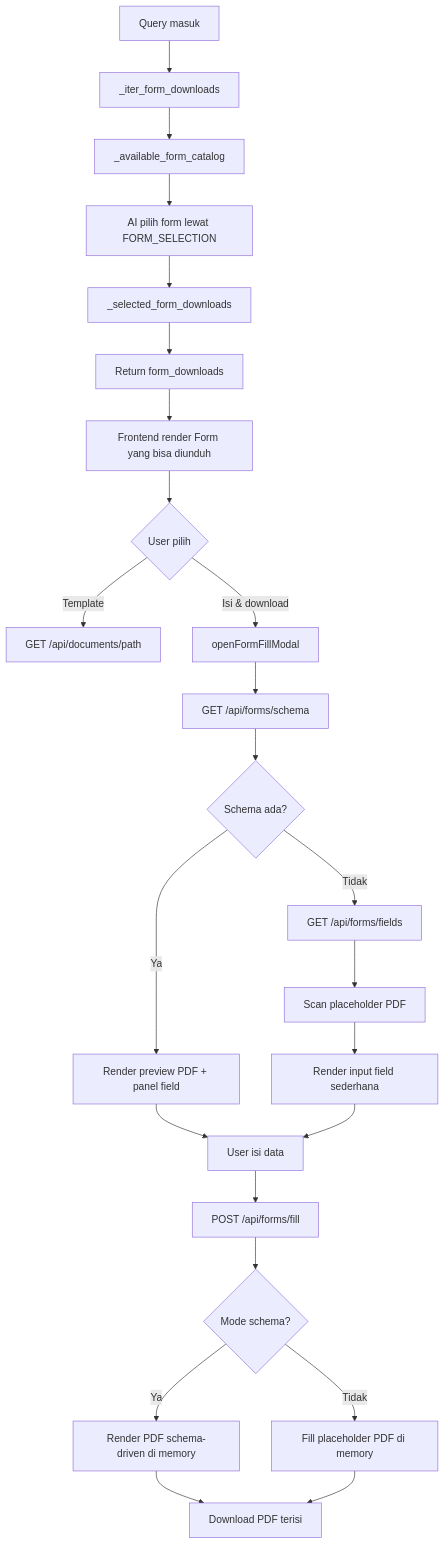
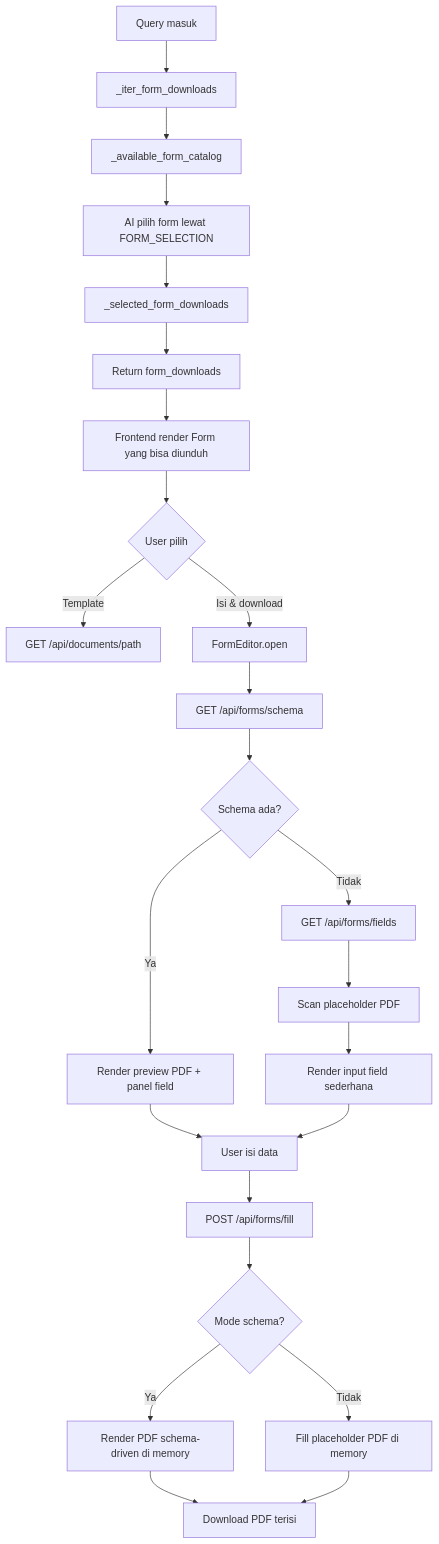
One commit to Akram17t/Internship changed the sixth of 6 diagrams in Capstone/docs/SYSTEM_FLOWS.md. Above: the diagram before and after it, drawn with Mermaid. The commit also changed other lines of this file and 6 other files, not shown here.

````diff
--- a/Capstone/docs/SYSTEM_FLOWS.md
+++ b/Capstone/docs/SYSTEM_FLOWS.md
@@ -283,26 +283,26 @@
 ```mermaid
 flowchart TD
   A[Query masuk] --> B[_iter_form_downloads]
   B --> C[_available_form_catalog]
   C --> D[AI pilih form lewat FORM_SELECTION]
   D --> E[_selected_form_downloads]
   E --> F[Return form_downloads]
   F --> G[Frontend render Form yang bisa diunduh]
   G --> H{User pilih}
   H -->|Template| I[GET /api/documents/path]
-  H -->|Isi & download| J[openFormFillModal]
+  H -->|Isi & download| J[FormEditor.open]
   J --> K[GET /api/forms/schema]
   K --> L{Schema ada?}
   L -->|Ya| M[Render preview PDF + panel field]
   L -->|Tidak| N[GET /api/forms/fields]
   N --> O[Scan placeholder PDF]
   O --> P[Render input field sederhana]
   M --> Q[User isi data]
   P --> Q
   Q --> R[POST /api/forms/fill]
   R --> S{Mode schema?}
   S -->|Ya| T[Render PDF schema-driven di memory]
   S -->|Tidak| U[Fill placeholder PDF di memory]
   T --> V[Download PDF terisi]
   U --> V
 ```
````
